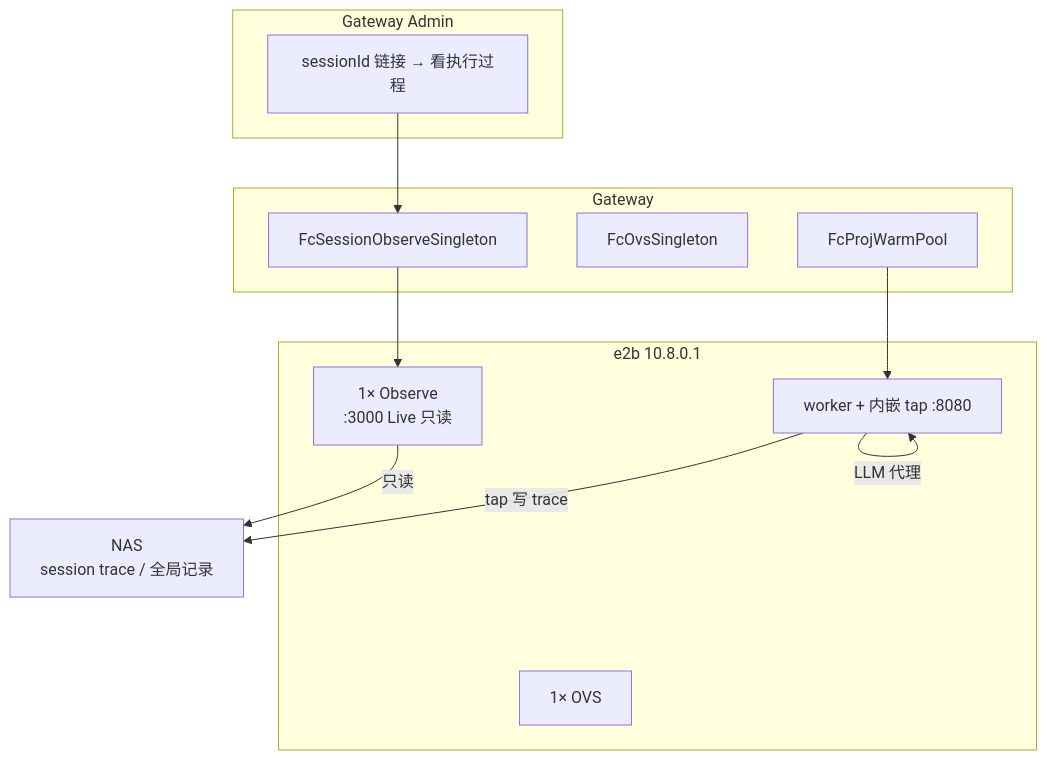
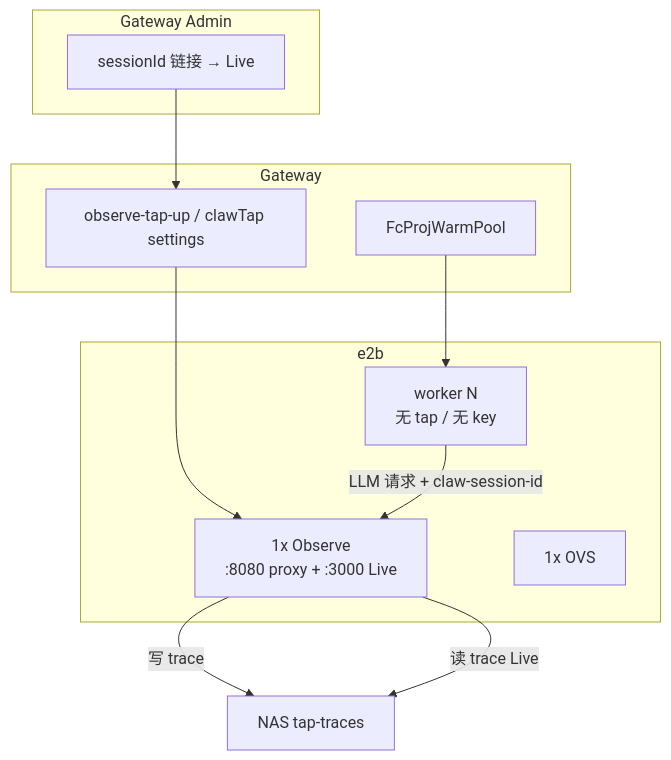
The diagram in docs/ovs-chat/FC-TAP-SINGLETON-DESIGN.md (passionke/claw-code), drawn with Mermaid before and after one commit. The commit also changed other lines of this file and 21 other files, not shown here.

First line of the commit message:
feat(e2b): unify tap on observe singleton; worker drops LLM data-plane (#71)

````diff
--- a/docs/ovs-chat/FC-TAP-SINGLETON-DESIGN.md
+++ b/docs/ovs-chat/FC-TAP-SINGLETON-DESIGN.md
@@ -55,27 +59,26 @@
 ```mermaid
 flowchart TB
   subgraph admin["Gateway Admin"]
-    TurnCard["sessionId 链接 → 看执行过程"]
+    TurnCard["sessionId 链接 → Live"]
   end
 
   subgraph gw["Gateway"]
-    ObsMgr["FcSessionObserveSingleton"]
-    OvsMgr["FcOvsSingleton"]
+    ObsMgr["observe-tap-up / clawTap settings"]
     WarmPool["FcProjWarmPool"]
   end
 
-  subgraph e2b["e2b 10.8.0.1"]
-    OBS["1× Observe<br/>:3000 Live 只读"]
-    OVS["1× OVS"]
-    W1["worker + 内嵌 tap :8080"]
+  subgraph e2b["e2b"]
+    OBS["1x Observe<br/>:8080 proxy + :3000 Live"]
+    OVS["1x OVS"]
+    W1["worker N<br/>无 tap / 无 key"]
   end
 
-  NAS["NAS<br/>session trace / 全局记录"]
+  NAS["NAS tap-traces"]
 
   TurnCard --> ObsMgr
   ObsMgr --> OBS
-  OBS -->|"只读"| NAS
-  W1 -->|"tap 写 trace"| NAS
-  W1 -->|"LLM 代理"| W1
+  OBS -->|"写 trace"| NAS
+  OBS -->|"读 trace Live"| NAS
+  W1 -->|"LLM 请求 + claw-session-id"| OBS
   WarmPool --> W1
 ```
````
